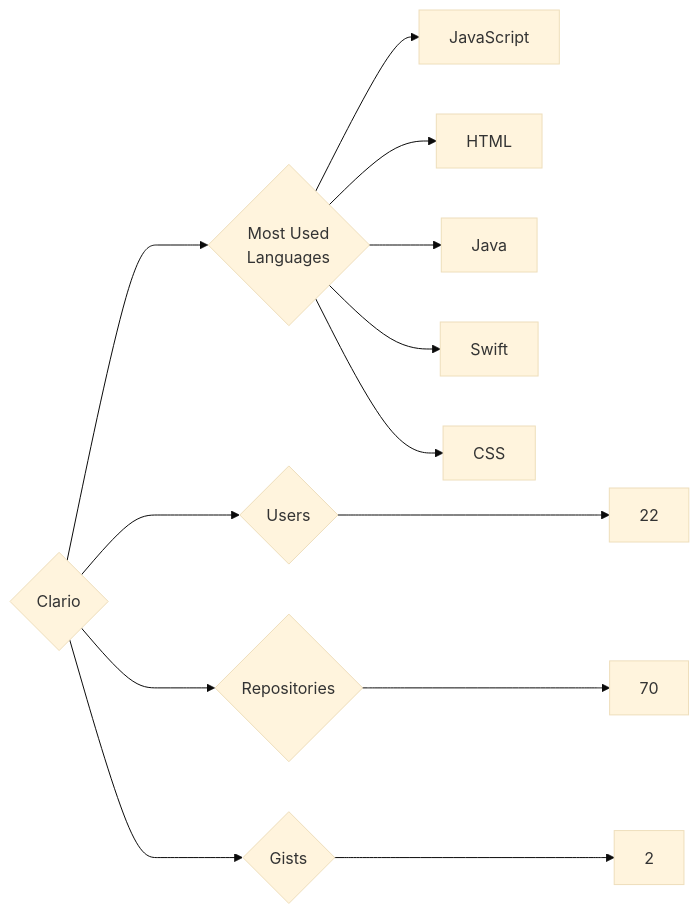
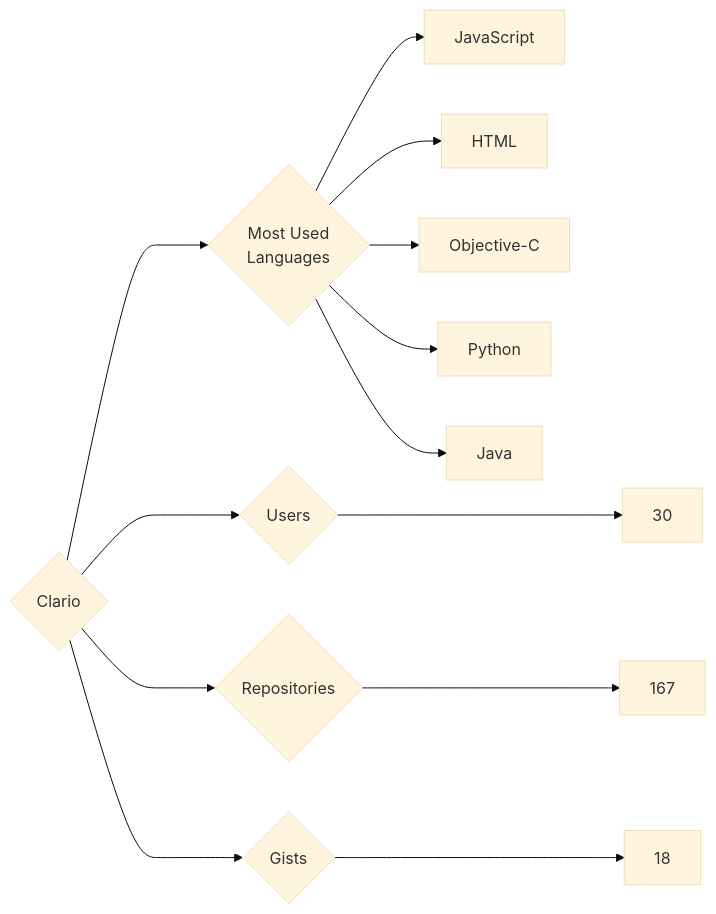
The diagram in targets/Clario/README.md (trickest/insiders), drawn with Mermaid (base theme) before and after one commit. The commit also changed 721 other files, not shown here.

````diff
--- a/targets/Clario/README.md
+++ b/targets/Clario/README.md
@@ -3,13 +3,13 @@
 ```mermaid
 graph LR
 COMPANY_NAME{Clario}
-COMPANY_NAME ---> U{Users} ---> UN[22]
-COMPANY_NAME ---> R{Repositories} ---> RN[70]
-COMPANY_NAME ---> G{Gists} ---> GN[2]
+COMPANY_NAME ---> U{Users} ---> UN[30]
+COMPANY_NAME ---> R{Repositories} ---> RN[167]
+COMPANY_NAME ---> G{Gists} ---> GN[18]
 COMPANY_NAME ---> ML{Most Used<br>Languages}
 ML --> JavaScript[JavaScript]
 ML --> HTML[HTML]
+ML --> Objective-C[Objective-C]
+ML --> Python[Python]
 ML --> Java[Java]
-ML --> Swift[Swift]
-ML --> CSS[CSS]
 ```
````
